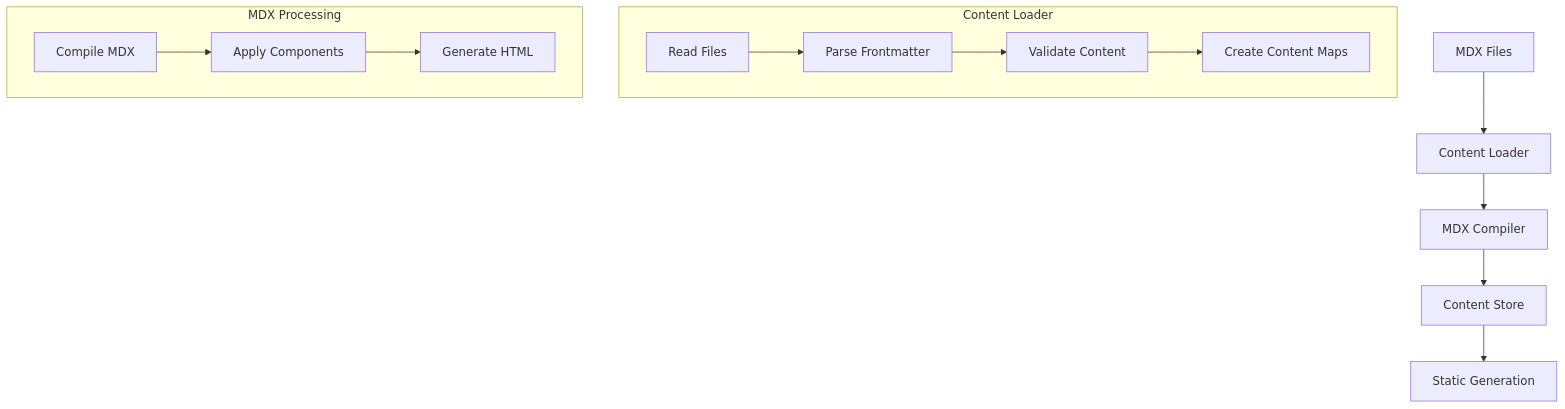
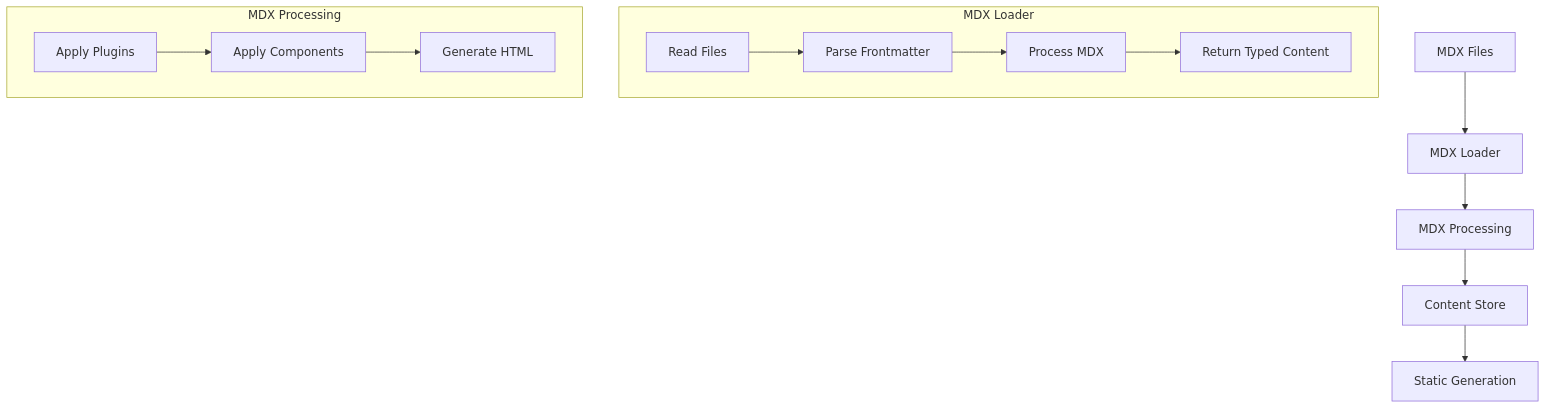
The first of 5 diagrams in docs/technical-architecture.md (ddri/openqase), drawn with Mermaid before and after one commit. The commit also changed other lines of this file and 11 other files, not shown here.

````diff
--- a/docs/technical-architecture.md
+++ b/docs/technical-architecture.md
@@ -11,18 +11,18 @@
 ```mermaid
 graph TD
-    A[MDX Files] --> B[Content Loader]
-    B --> C[MDX Compiler]
+    A[MDX Files] --> B[MDX Loader]
+    B --> C[MDX Processing]
     C --> D[Content Store]
     D --> E[Static Generation]
     
-    subgraph "Content Loader"
+    subgraph "MDX Loader"
     F[Read Files] --> G[Parse Frontmatter]
-    G --> H[Validate Content]
-    H --> I[Create Content Maps]
+    G --> H[Process MDX]
+    H --> I[Return Typed Content]
     end
     
     subgraph "MDX Processing"
-    J[Compile MDX] --> K[Apply Components]
+    J[Apply Plugins] --> K[Apply Components]
     K --> L[Generate HTML]
     end
 ```
````
